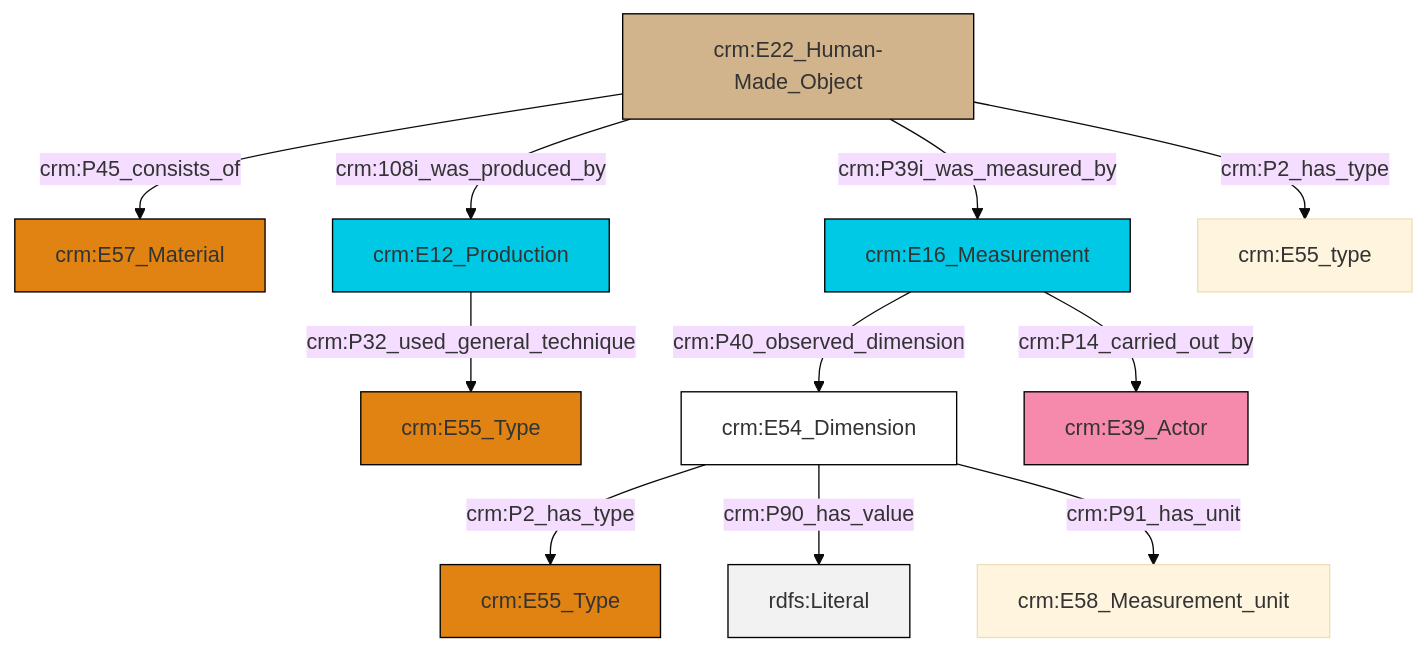
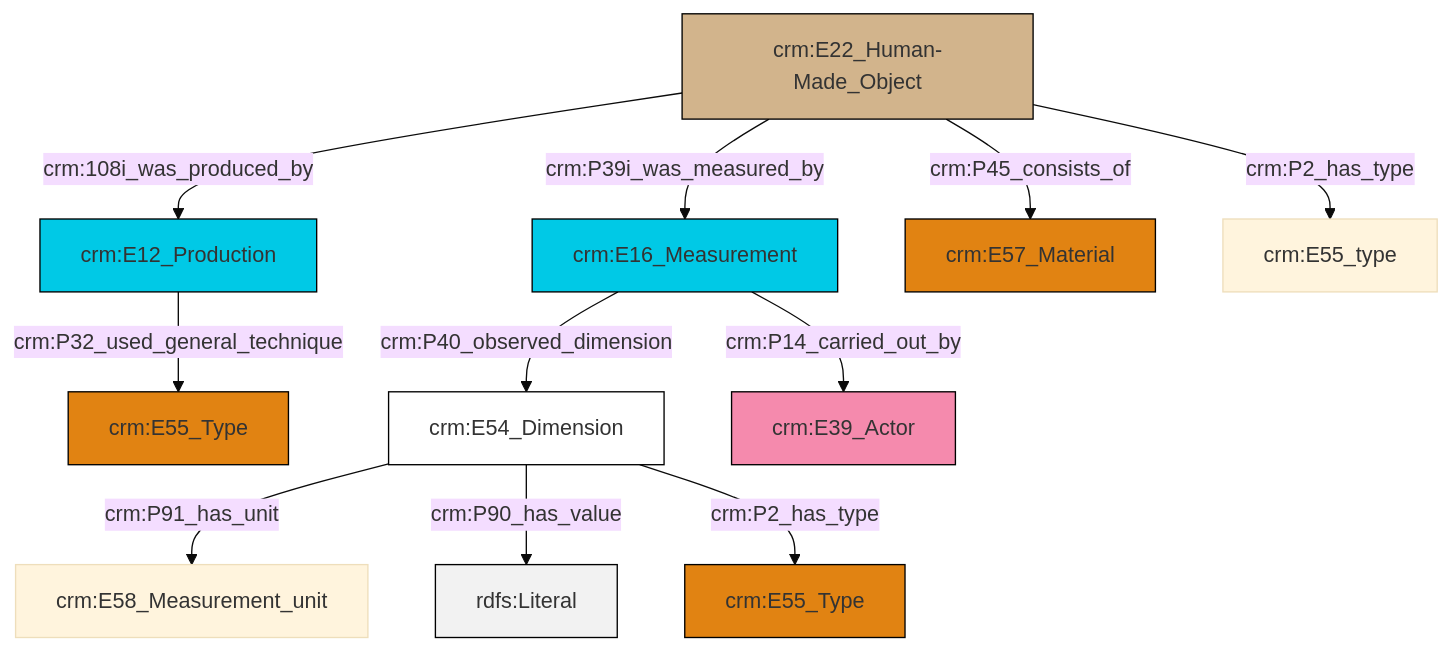
One commit to swiss-art-research-net/reference-data-models changed the diagram in et/builtWorkCSV/ttl/mmd/Built_Work_substance.ttl.mmd. Above: the diagram before and after it, drawn with Mermaid (base theme). The commit also changed 128 other files, not shown here.

```diff
--- a/et/builtWorkCSV/ttl/mmd/Built_Work_substance.ttl.mmd
+++ b/et/builtWorkCSV/ttl/mmd/Built_Work_substance.ttl.mmd
@@ -1,25 +1,25 @@
 graph TD
 classDef Literal fill:#f2f2f2,stroke:#000000;
 classDef CRM_Entity fill:#FFFFFF,stroke:#000000;
 classDef Temporal_Entity fill:#00C9E6, stroke:#000000;
 classDef Type fill:#E18312, stroke:#000000;
 classDef Time-Span fill:#2C9C91, stroke:#000000;
 classDef Appellation fill:#FFEB7F, stroke:#000000;
 classDef Place fill:#008836, stroke:#000000;
 classDef Persistent_Item fill:#B266B2, stroke:#000000;
 classDef Conceptual_Object fill:#FFD700, stroke:#000000;
 classDef Physical_Thing fill:#D2B48C, stroke:#000000;
 classDef Actor fill:#f58aad, stroke:#000000;
 classDef PC_Classes fill:#4ce600, stroke:#000000;
 classDef Multi fill:#cccccc,stroke:#000000;
 
-12["crm:E22_Human-Made_Object"]:::Physical_Thing -->|crm:P45_consists_of| 6["crm:E57_Material"]:::Type
-12["crm:E22_Human-Made_Object"]:::Physical_Thing -->|crm:108i_was_produced_by| 10["crm:E12_Production"]:::Temporal_Entity
-15["crm:E54_Dimension"]:::CRM_Entity -->|crm:P2_has_type| 0["crm:E55_Type"]:::Type
-15["crm:E54_Dimension"]:::CRM_Entity -->|crm:P90_has_value| 18[rdfs:Literal]:::Literal
-16["crm:E16_Measurement"]:::Temporal_Entity -->|crm:P40_observed_dimension| 15["crm:E54_Dimension"]:::CRM_Entity
-12["crm:E22_Human-Made_Object"]:::Physical_Thing -->|crm:P39i_was_measured_by| 16["crm:E16_Measurement"]:::Temporal_Entity
-10["crm:E12_Production"]:::Temporal_Entity -->|crm:P32_used_general_technique| 4["crm:E55_Type"]:::Type
-12["crm:E22_Human-Made_Object"]:::Physical_Thing -->|crm:P2_has_type| 13["crm:E55_type"]:::Default
-15["crm:E54_Dimension"]:::CRM_Entity -->|crm:P91_has_unit| 8["crm:E58_Measurement_unit"]:::Default
-16["crm:E16_Measurement"]:::Temporal_Entity -->|crm:P14_carried_out_by| 2["crm:E39_Actor"]:::Actor
+0["crm:E22_Human-Made_Object"]:::Physical_Thing -->|crm:P39i_was_measured_by| 1["crm:E16_Measurement"]:::Temporal_Entity
+4["crm:E12_Production"]:::Temporal_Entity -->|crm:P32_used_general_technique| 5["crm:E55_Type"]:::Type
+8["crm:E54_Dimension"]:::CRM_Entity -->|crm:P91_has_unit| 2["crm:E58_Measurement_unit"]:::Default
+0["crm:E22_Human-Made_Object"]:::Physical_Thing -->|crm:108i_was_produced_by| 4["crm:E12_Production"]:::Temporal_Entity
+1["crm:E16_Measurement"]:::Temporal_Entity -->|crm:P40_observed_dimension| 8["crm:E54_Dimension"]:::CRM_Entity
+0["crm:E22_Human-Made_Object"]:::Physical_Thing -->|crm:P45_consists_of| 6["crm:E57_Material"]:::Type
+0["crm:E22_Human-Made_Object"]:::Physical_Thing -->|crm:P2_has_type| 15["crm:E55_type"]:::Default
+8["crm:E54_Dimension"]:::CRM_Entity -->|crm:P90_has_value| 17[rdfs:Literal]:::Literal
+8["crm:E54_Dimension"]:::CRM_Entity -->|crm:P2_has_type| 10["crm:E55_Type"]:::Type
+1["crm:E16_Measurement"]:::Temporal_Entity -->|crm:P14_carried_out_by| 12["crm:E39_Actor"]:::Actor
```
